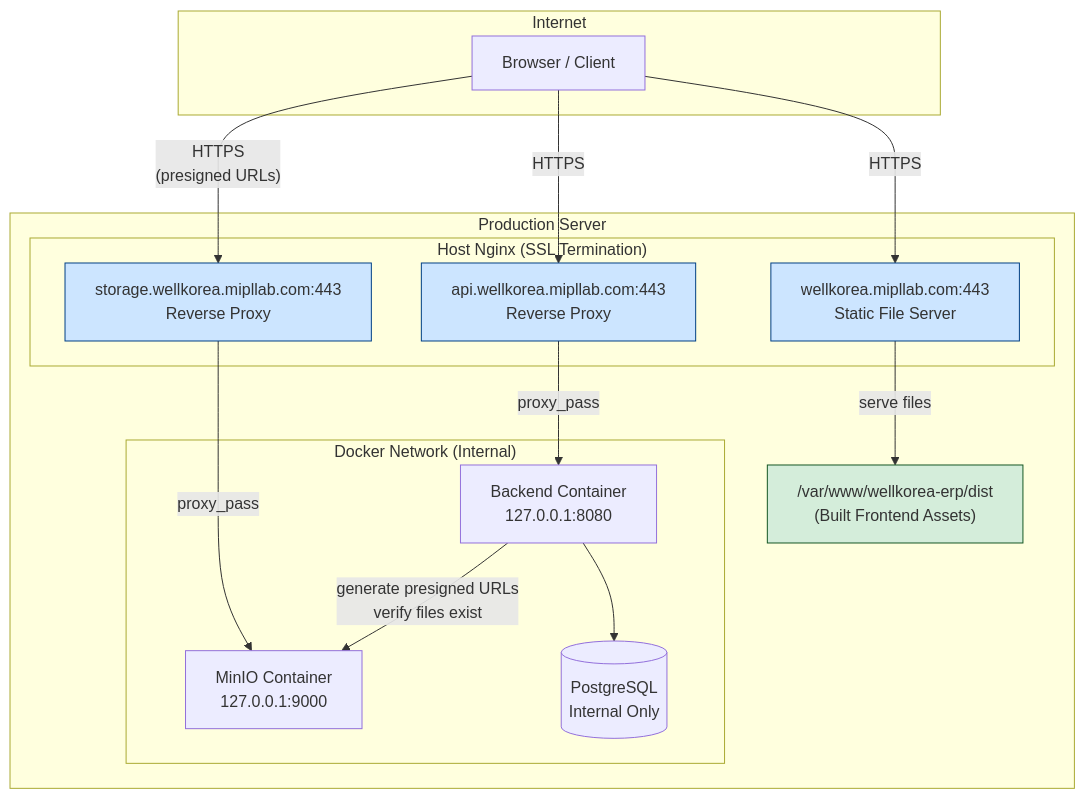
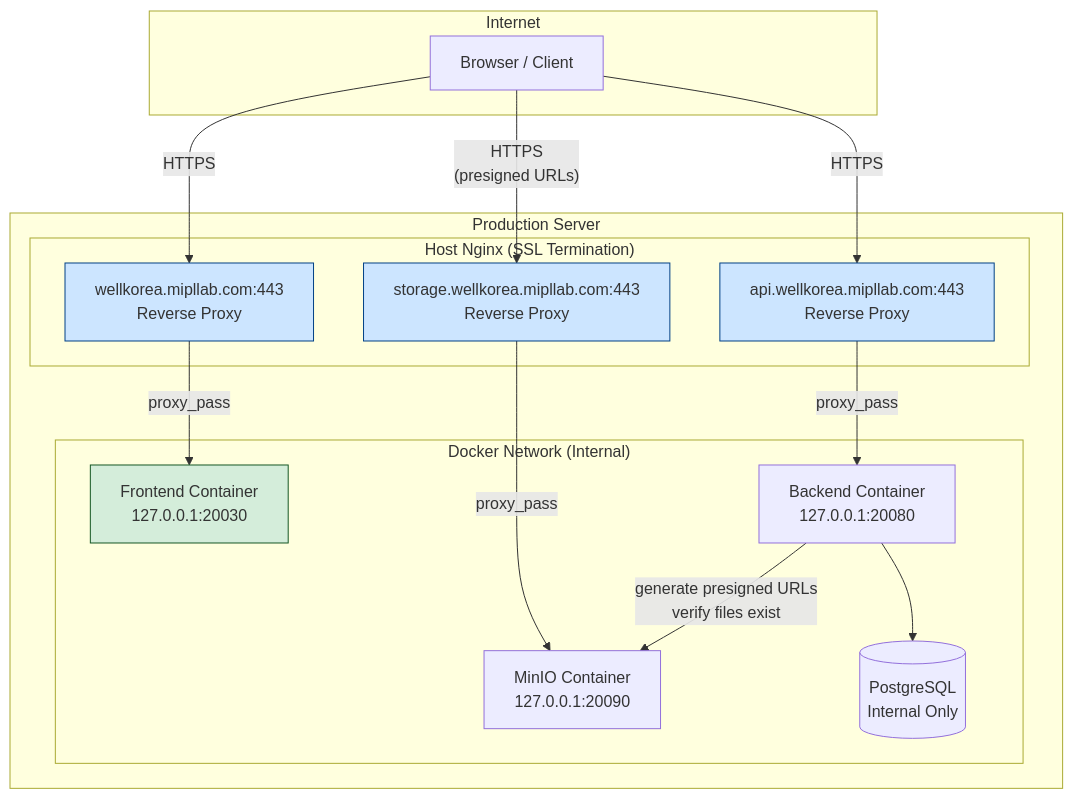
One commit to donghwunline/wellkorea-erp changed the second of 3 diagrams in docs/deployment.md. Above: the diagram before and after it, drawn with Mermaid. The commit also changed other lines of this file, not shown here.

First line of the commit message:
docs(deployment): update for containerized frontend architecture

````diff
--- a/docs/deployment.md
+++ b/docs/deployment.md
@@ -60,38 +60,37 @@
 ```mermaid
 graph TB
     subgraph "Internet"
         Browser["Browser / Client"]
     end
 
     subgraph "Production Server"
         subgraph "Host Nginx (SSL Termination)"
-            FE_Nginx["wellkorea.mipllab.com:443<br/>Static File Server"]
+            FE_Nginx["wellkorea.mipllab.com:443<br/>Reverse Proxy"]
             API_Nginx["api.wellkorea.mipllab.com:443<br/>Reverse Proxy"]
             Storage_Nginx["storage.wellkorea.mipllab.com:443<br/>Reverse Proxy"]
         end
 
-        StaticFiles["/var/www/wellkorea-erp/dist<br/>(Built Frontend Assets)"]
-
         subgraph "Docker Network (Internal)"
-            Backend["Backend Container<br/>127.0.0.1:8080"]
-            MinIO["MinIO Container<br/>127.0.0.1:9000"]
+            Frontend["Frontend Container<br/>127.0.0.1:20030"]
+            Backend["Backend Container<br/>127.0.0.1:20080"]
+            MinIO["MinIO Container<br/>127.0.0.1:20090"]
             Postgres[(PostgreSQL<br/>Internal Only)]
         end
     end
 
     Browser -->|"HTTPS"| FE_Nginx
     Browser -->|"HTTPS"| API_Nginx
     Browser -->|"HTTPS<br/>(presigned URLs)"| Storage_Nginx
 
-    FE_Nginx -->|"serve files"| StaticFiles
+    FE_Nginx -->|"proxy_pass"| Frontend
     API_Nginx -->|"proxy_pass"| Backend
     Storage_Nginx -->|"proxy_pass"| MinIO
 
     Backend --> Postgres
     Backend -->|"generate presigned URLs<br/>verify files exist"| MinIO
 
-    style StaticFiles fill:#d4edda,stroke:#155724
+    style Frontend fill:#d4edda,stroke:#155724
     style FE_Nginx fill:#cce5ff,stroke:#004085
     style API_Nginx fill:#cce5ff,stroke:#004085
     style Storage_Nginx fill:#cce5ff,stroke:#004085
 ```
````
